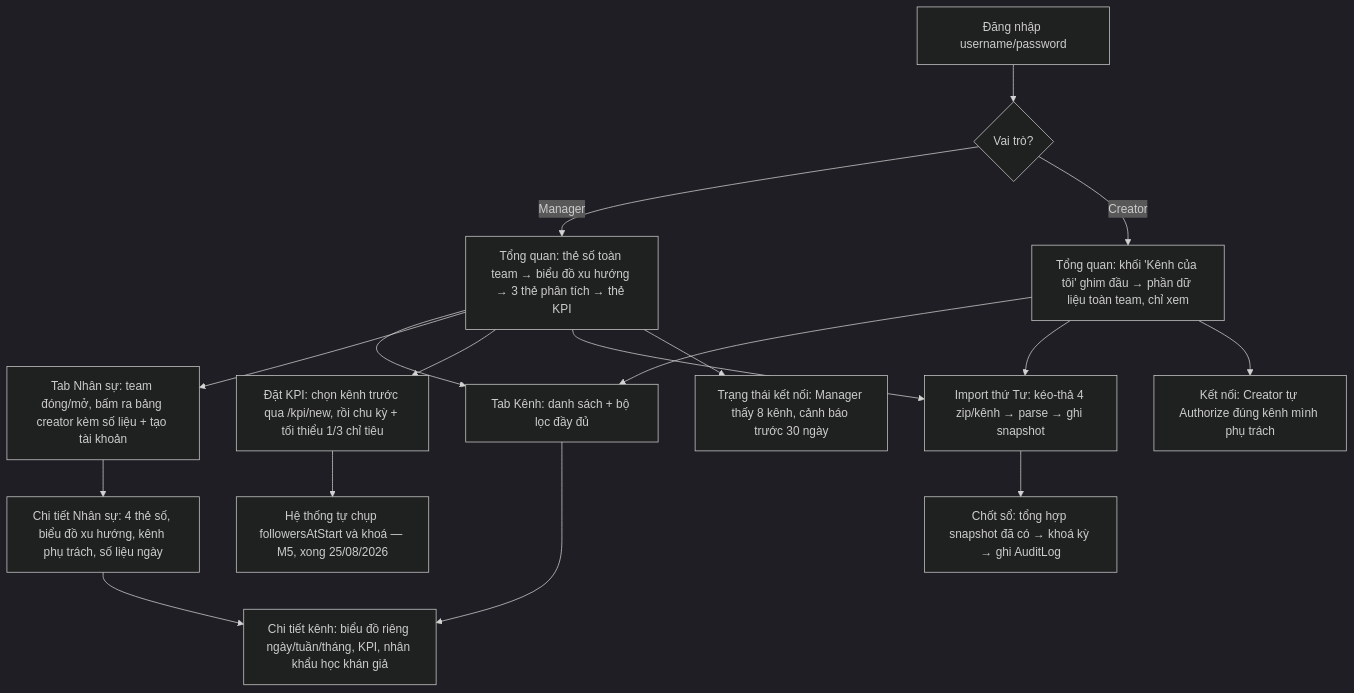
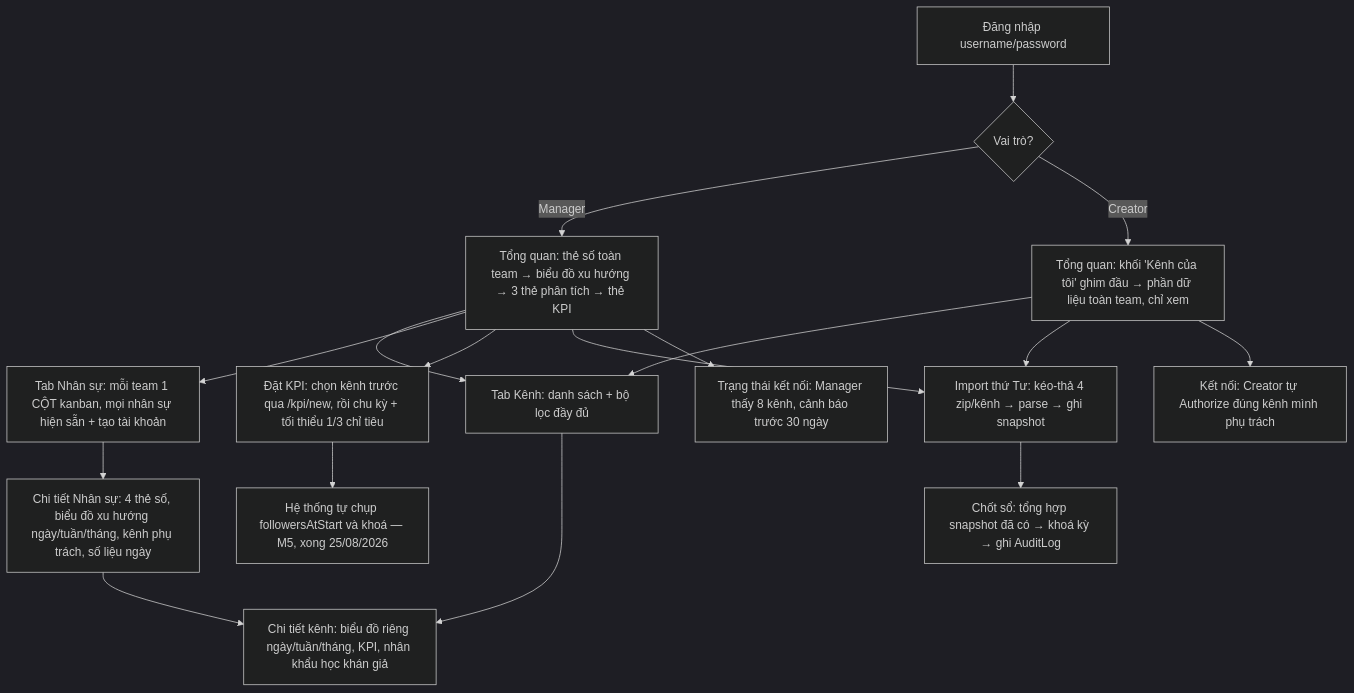
The diagram in docs/USER_FLOW.md (duytienitptit/ahd-dashboard), drawn with Mermaid (dark theme) before and after one commit. The commit also changed other lines of this file and 17 other files, not shown here.

First line of the commit message:
feat(ui): kanban Nhân sự + modal sửa, thẻ KPI liệt kê kênh vàng, nút TikTok có nhãn, người xem mới/quay lại

````diff
--- a/docs/USER_FLOW.md
+++ b/docs/USER_FLOW.md
@@ -7,22 +7,22 @@
 ```mermaid
 flowchart TD
     A[Đăng nhập username/password] --> B{Vai trò?}
 
     B -- Manager --> M1[Tổng quan: thẻ số toàn team → biểu đồ xu hướng → 3 thẻ phân tích → thẻ KPI]
     B -- Creator --> C1[Tổng quan: khối 'Kênh của tôi' ghim đầu → phần dữ liệu toàn team, chỉ xem]
 
     M1 --> M2[Tab Kênh: danh sách + bộ lọc đầy đủ]
     C1 --> M2
     M2 --> M3[Chi tiết kênh: biểu đồ riêng ngày/tuần/tháng, KPI, nhân khẩu học khán giả]
 
-    M1 --> M4[Tab Nhân sự: team đóng/mở, bấm ra bảng creator kèm số liệu + tạo tài khoản]
-    M4 --> M4a[Chi tiết Nhân sự: 4 thẻ số, biểu đồ xu hướng, kênh phụ trách, số liệu ngày]
+    M1 --> M4[Tab Nhân sự: mỗi team 1 CỘT kanban, mọi nhân sự hiện sẵn + tạo tài khoản]
+    M4 --> M4a[Chi tiết Nhân sự: 4 thẻ số, biểu đồ xu hướng ngày/tuần/tháng, kênh phụ trách, số liệu ngày]
     M4a --> M3
     M1 --> M5[Đặt KPI: chọn kênh trước qua /kpi/new, rồi chu kỳ + tối thiểu 1/3 chỉ tiêu]
     M5 --> M6[Hệ thống tự chụp followersAtStart và khoá — M5, xong 25/08/2026]
     M1 --> I1[Import thứ Tư: kéo-thả 4 zip/kênh → parse → ghi snapshot]
     C1 --> I1
     I1 --> M7[Chốt sổ: tổng hợp snapshot đã có → khoá kỳ → ghi AuditLog]
     M1 --> T1[Trạng thái kết nối: Manager thấy 8 kênh, cảnh báo trước 30 ngày]
     C1 --> T2[Kết nối: Creator tự Authorize đúng kênh mình phụ trách]
 ```
````
